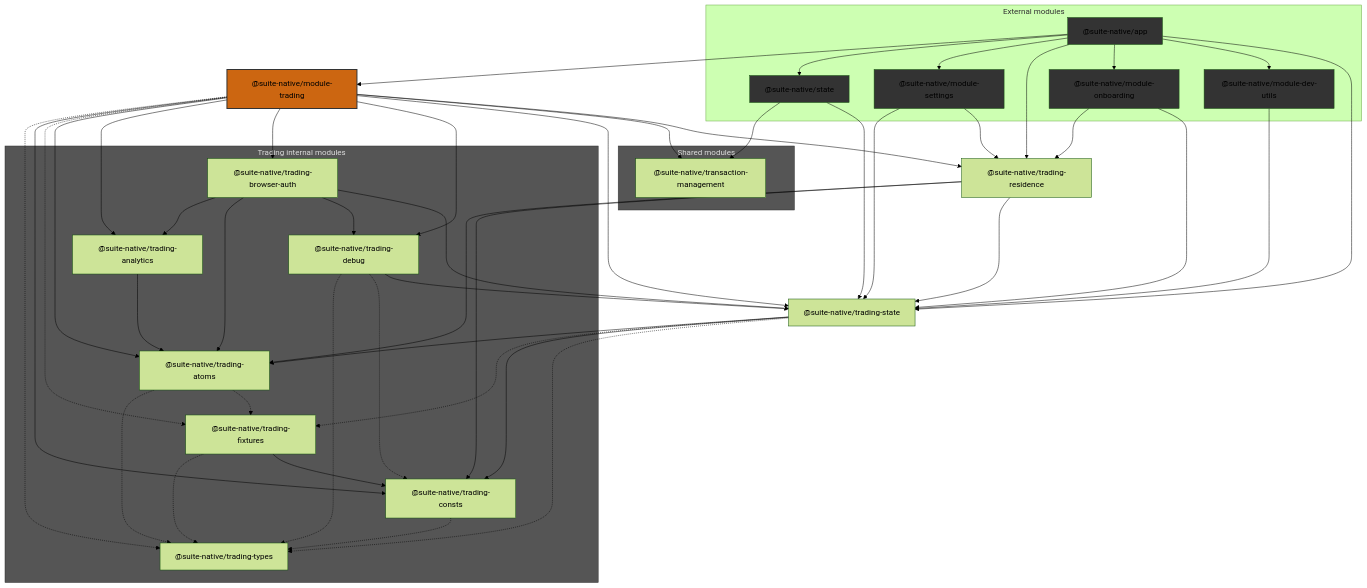
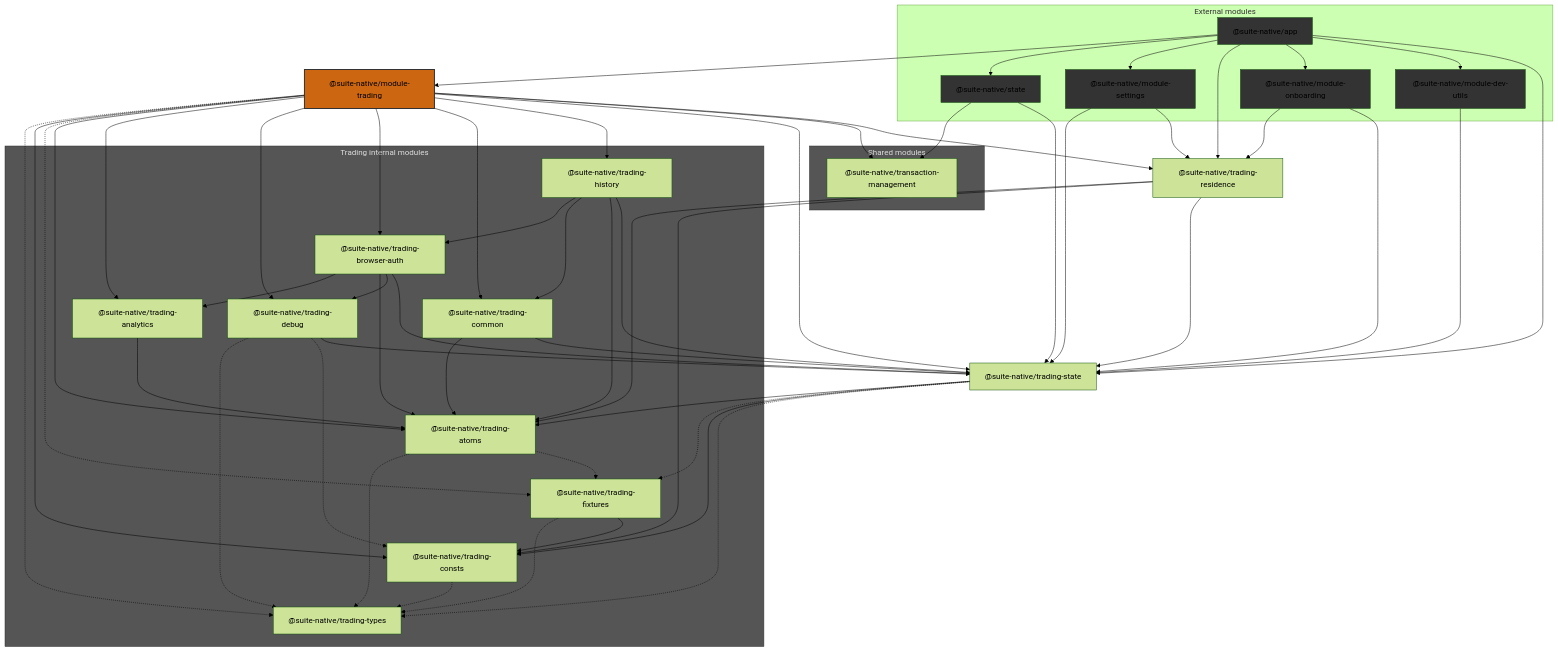
Before and after one commit to trezor/trezor-suite: the diagram in suite-native/module-trading/README.md, drawn with Mermaid (forest theme). The commit also changed other lines of this file and 78 other files, not shown here.

Commit message:
chore(suite-native): extract trading logic into new `trading-common` and `trading-history` packages

```diff
--- a/suite-native/module-trading/README.md
+++ b/suite-native/module-trading/README.md
@@ -54,6 +62,8 @@
     trading-residence["@suite-native/trading-residence"]
     trading-state["@suite-native/trading-state"]
     subgraph trading-internal["Trading internal modules"]
+        trading-history["@suite-native/trading-history"]
+        trading-common["@suite-native/trading-common"]
         trading-atoms["@suite-native/trading-atoms"]
         trading-analytics["@suite-native/trading-analytics"]
         trading-browser-auth["@suite-native/trading-browser-auth"]
@@ -85,11 +95,19 @@
     module-trading -.-> trading-fixtures
     module-trading --> trading-atoms
     module-trading --> trading-analytics
+    module-trading --> trading-debug
     module-trading --> trading-browser-auth
-    module-trading --> trading-debug
+    module-trading --> trading-common
+    module-trading --> trading-history
     module-trading --> trading-state
     module-trading --> transaction-management
     module-trading --> trading-residence
+    trading-history --> trading-browser-auth
+    trading-history --> trading-common
+    trading-history --> trading-atoms
+    trading-history --> trading-state
+    trading-common --> trading-atoms
+    trading-common --> trading-state
     trading-browser-auth --> trading-analytics
     trading-browser-auth --> trading-atoms
     trading-browser-auth --> trading-debug
```
